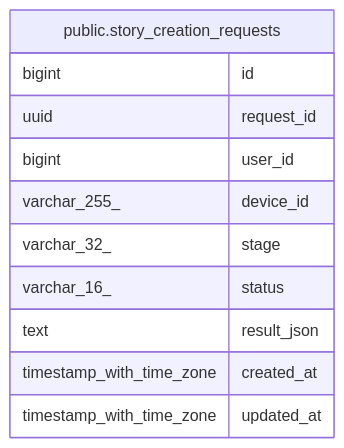
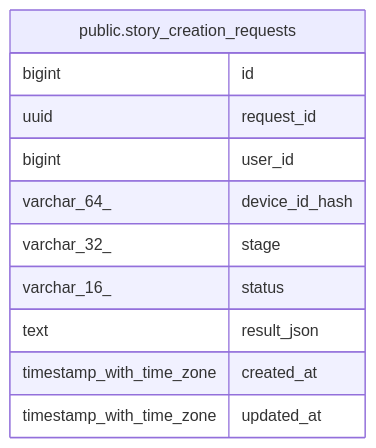
Before and after one commit to KIM-N-KANG/manyak-server: the diagram in dbdoc/public.story_creation_requests.md, drawn with Mermaid. The commit also changed other lines of this file and 6 other files, not shown here.

````diff
--- a/dbdoc/public.story_creation_requests.md
+++ b/dbdoc/public.story_creation_requests.md
@@ -35,16 +35,16 @@
 ```mermaid
 erDiagram
 
 
 "public.story_creation_requests" {
   bigint id
   uuid request_id
   bigint user_id
-  varchar_255_ device_id
+  varchar_64_ device_id_hash
   varchar_32_ stage
   varchar_16_ status
   text result_json
   timestamp_with_time_zone created_at
   timestamp_with_time_zone updated_at
 }
 ```
````
